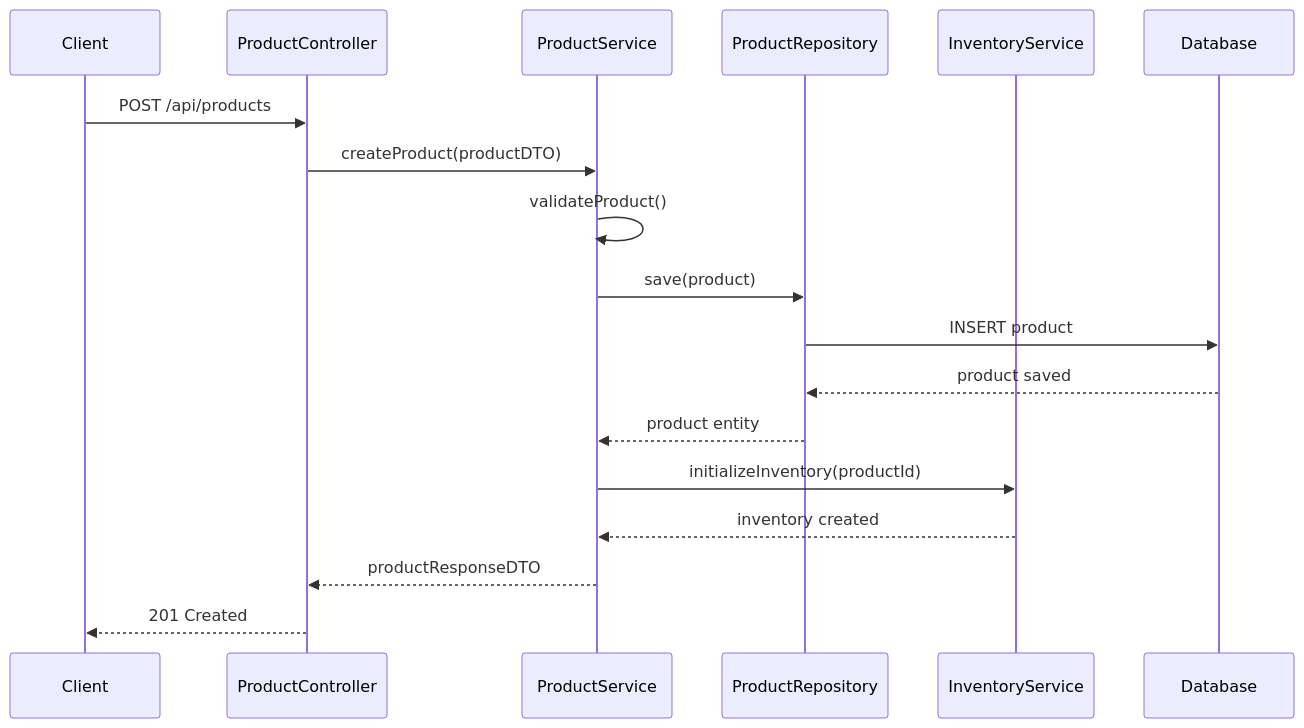
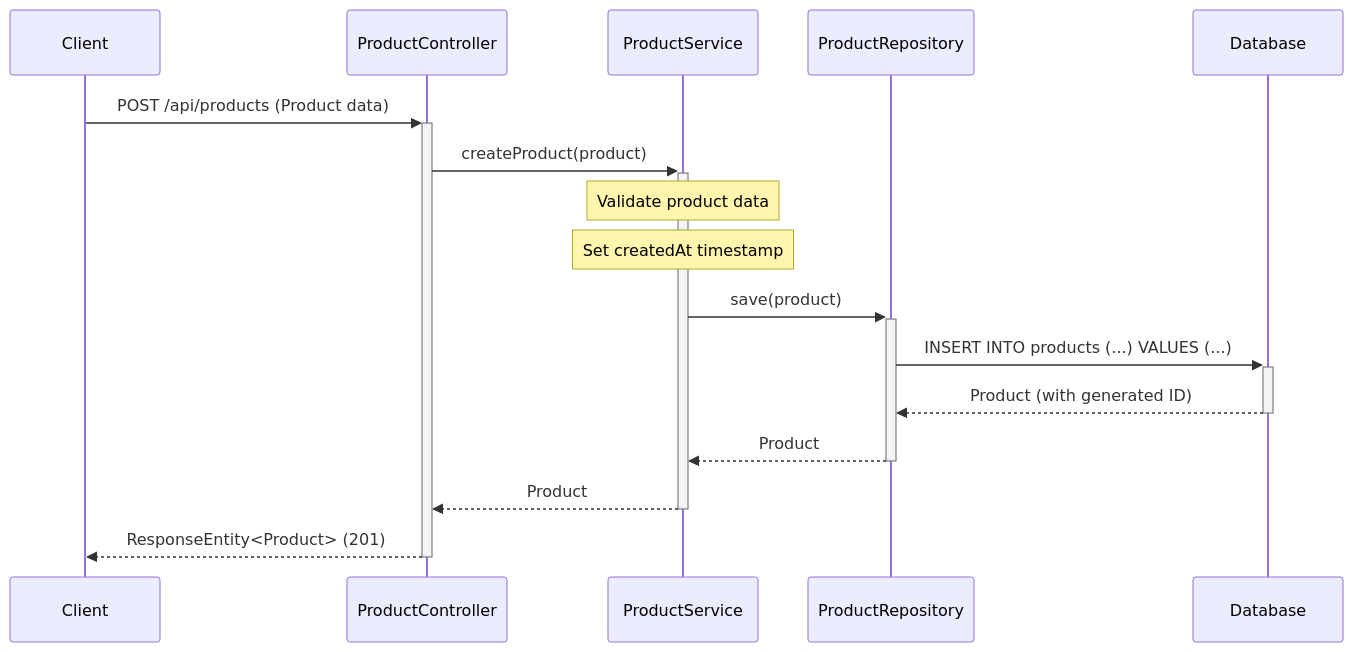
The fifth of 13 diagrams in docs/LLD/modified_lld.md (NavneetBN47/aava-ecom-demo), drawn with Mermaid before and after one commit. The commit also changed other lines of this file, not shown here.

````diff
--- a/docs/LLD/modified_lld.md
+++ b/docs/LLD/modified_lld.md
@@ -349,21 +263,21 @@
 ```mermaid
 sequenceDiagram
     participant Client
     participant ProductController
     participant ProductService
     participant ProductRepository
-    participant InventoryService
     participant Database
-
-    Client->>ProductController: POST /api/products
-    ProductController->>ProductService: createProduct(productDTO)
-    ProductService->>ProductService: validateProduct()
-    ProductService->>ProductRepository: save(product)
-    ProductRepository->>Database: INSERT product
-    Database-->>ProductRepository: product saved
-    ProductRepository-->>ProductService: product entity
-    ProductService->>InventoryService: initializeInventory(productId)
-    InventoryService-->>ProductService: inventory created
-    ProductService-->>ProductController: productResponseDTO
-    ProductController-->>Client: 201 Created
+    
+    Client->>+ProductController: POST /api/products (Product data)
+    ProductController->>+ProductService: createProduct(product)
+    
+    Note over ProductService: Validate product data
+    Note over ProductService: Set createdAt timestamp
+    
+    ProductService->>+ProductRepository: save(product)
+    ProductRepository->>+Database: INSERT INTO products (...) VALUES (...)
+    Database-->>-ProductRepository: Product (with generated ID)
+    ProductRepository-->>-ProductService: Product
+    ProductService-->>-ProductController: Product
+    ProductController-->>-Client: ResponseEntity<Product> (201)
 ```
````
